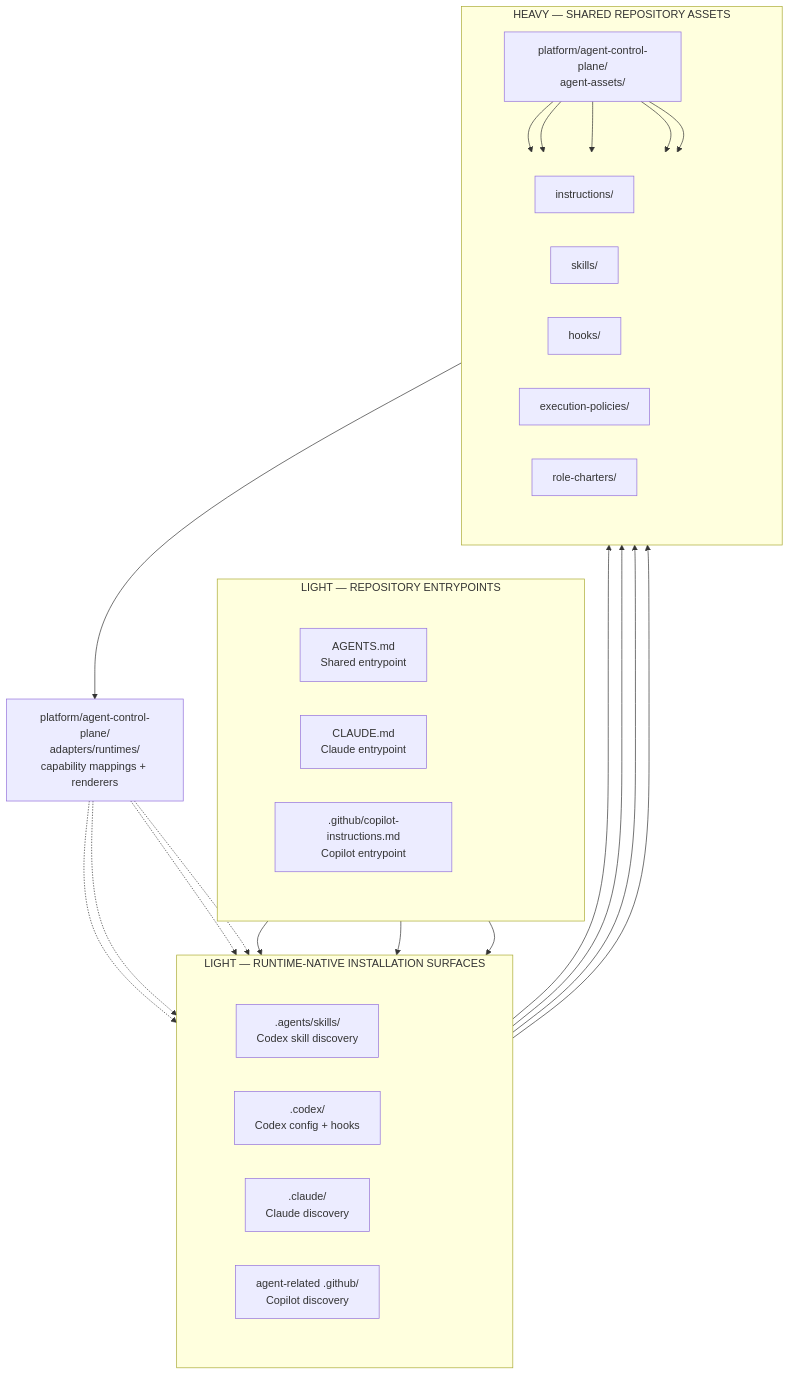
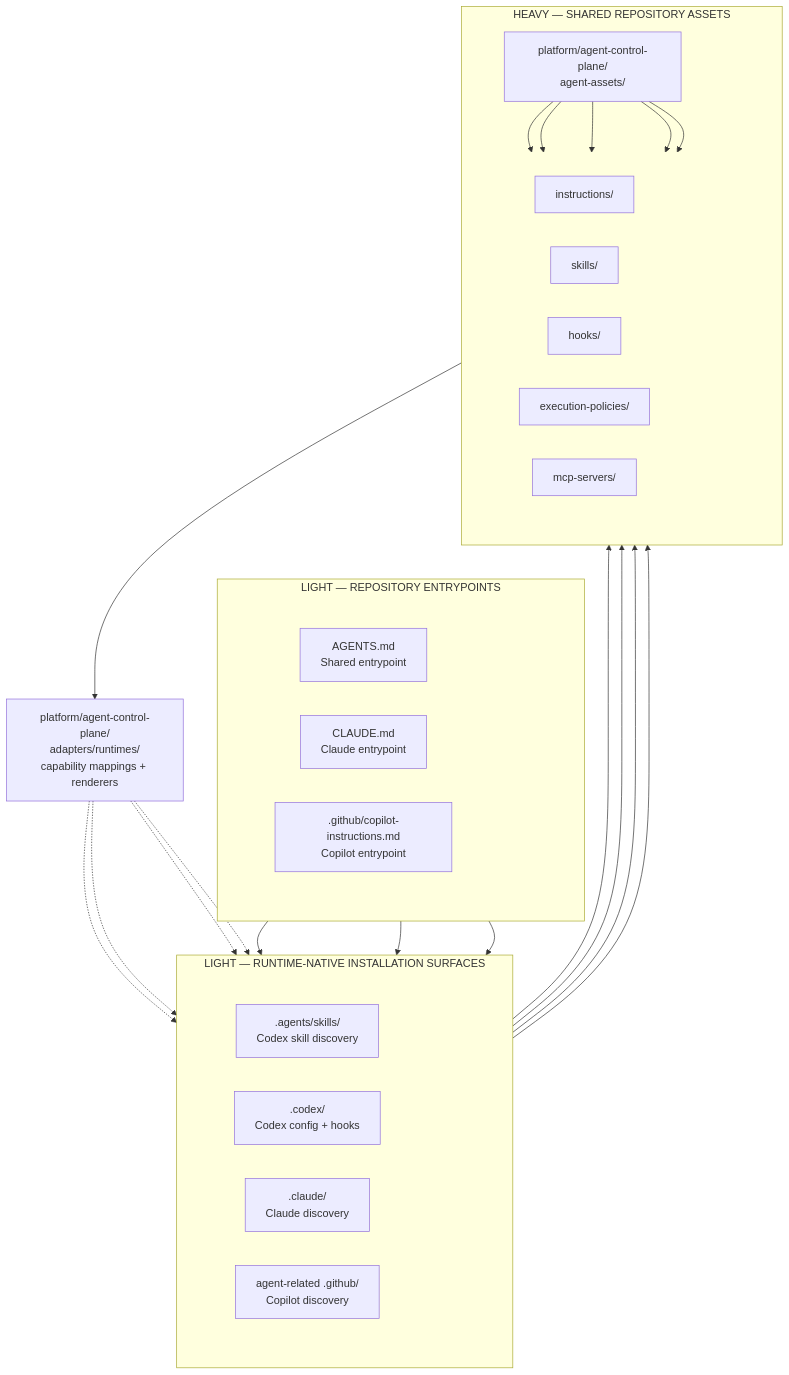
The diagram in platform/agent-control-plane/docs/agent-asset-discovery-layers.md (Oak-22/agentic-engineering-platform), drawn with Mermaid before and after one commit. The commit also changed other lines of this file and 14 other files, not shown here.

````diff
--- a/platform/agent-control-plane/docs/agent-asset-discovery-layers.md
+++ b/platform/agent-control-plane/docs/agent-asset-discovery-layers.md
@@ -18,73 +18,73 @@
 ```mermaid
 flowchart TB
     subgraph E["LIGHT — REPOSITORY ENTRYPOINTS"]
         direction TB
         ES[" "]
 
         subgraph ER[" "]
             direction LR
             A["AGENTS.md<br/>Shared entrypoint"]
             C["CLAUDE.md<br/>Claude entrypoint"]
             G[".github/copilot-instructions.md<br/>Copilot entrypoint"]
         end
     end
 
     subgraph D["LIGHT — RUNTIME-NATIVE INSTALLATION SURFACES"]
         direction TB
         DS[" "]
 
         subgraph DR[" "]
             direction LR
             DO[".agents/skills/<br/>Codex skill discovery"]
             CO[".codex/<br/>Codex config + hooks"]
             DC[".claude/<br/>Claude discovery"]
             DG["agent-related .github/<br/>Copilot discovery"]
         end
     end
 
     RT["platform/agent-control-plane/<br/>adapters/runtimes/<br/>capability mappings + renderers"]
 
     subgraph S["HEAVY — SHARED REPOSITORY ASSETS"]
         direction TB
         SS[" "]
         ROOT["platform/agent-control-plane/<br/>agent-assets/"]
 
         subgraph SR[" "]
             direction LR
             I["instructions/"]
             K["skills/"]
             H["hooks/"]
             P["execution-policies/"]
-            R["role-charters/"]
+            M["mcp-servers/"]
         end
     end
 
     A --> DO
     CO --> ROOT
     C --> DC
     G --> DG
 
     DO --> ROOT
     DC --> ROOT
     DG --> ROOT
 
     ROOT --> RT
     RT -.-> DO
     RT -.-> CO
     RT -.-> DC
     RT -.-> DG
 
     ROOT --> I
     ROOT --> K
     ROOT --> H
     ROOT --> P
-    ROOT --> R
+    ROOT --> M
 
     style ES fill:transparent,stroke:transparent
     style DS fill:transparent,stroke:transparent
     style SS fill:transparent,stroke:transparent
 
     style ER fill:transparent,stroke:transparent
     style DR fill:transparent,stroke:transparent
     style SR fill:transparent,stroke:transparent
 ```
````
